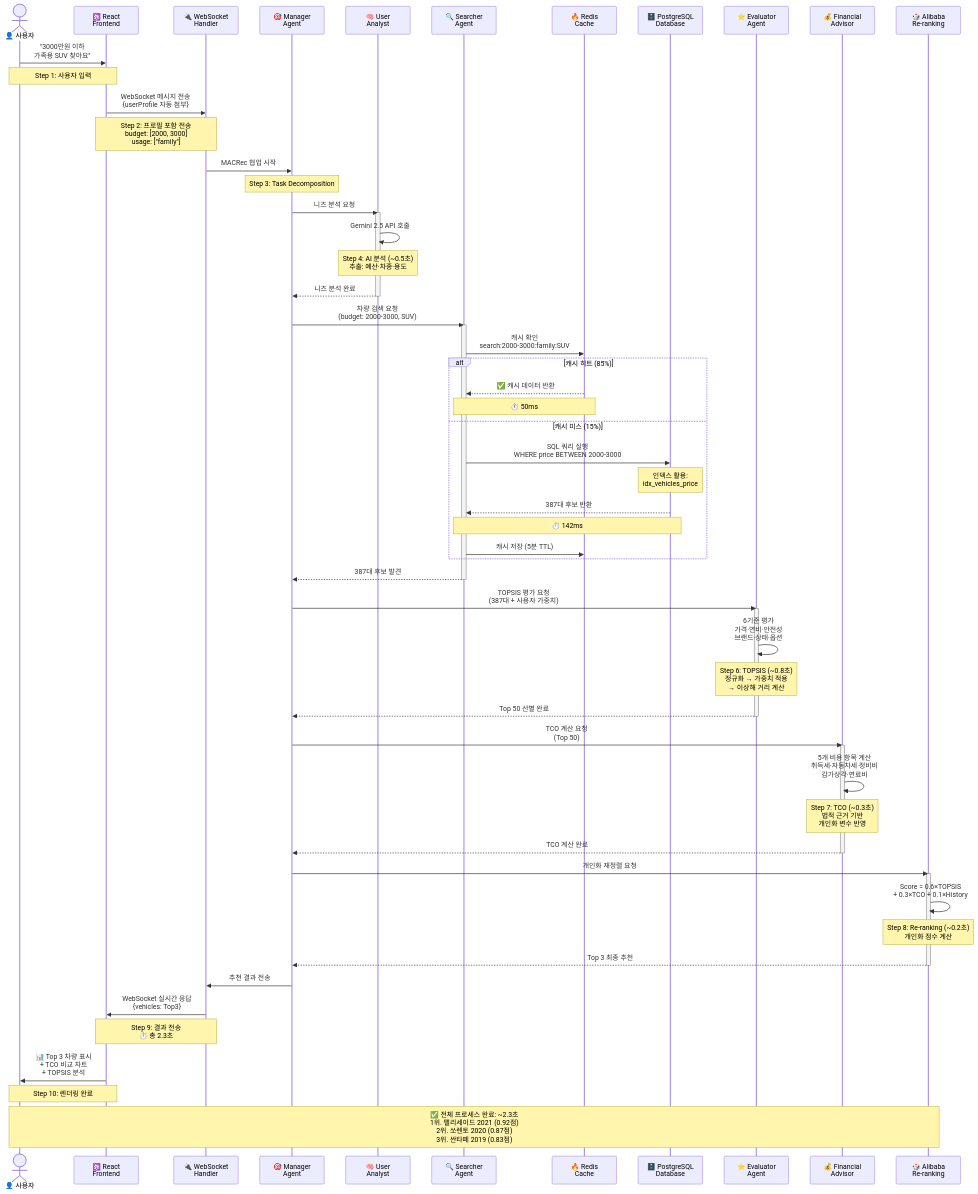
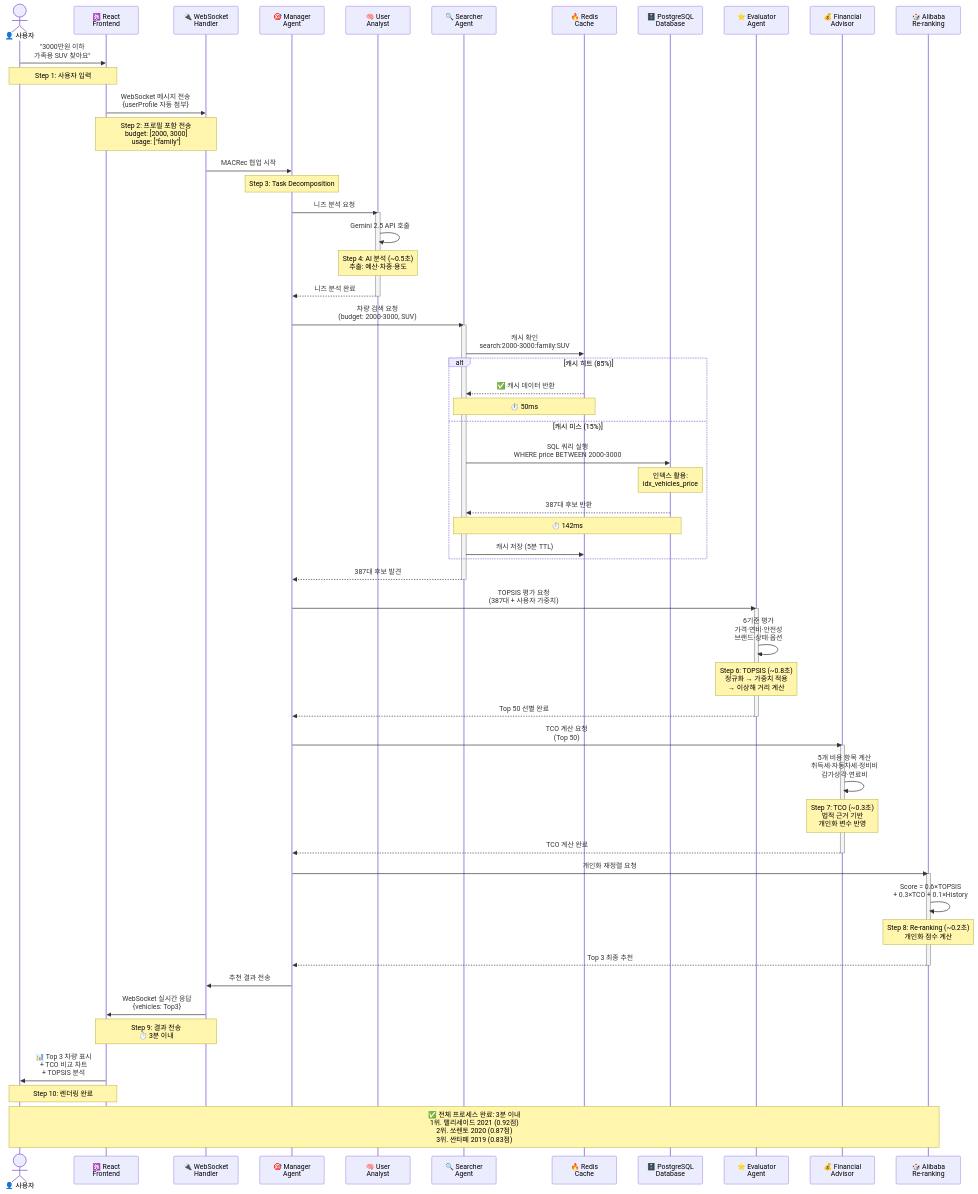
The fourth of 5 diagrams in README.md (SeSAC-DA1/CarFin_AI_Final), drawn with Mermaid before and after one commit. The commit also changed other lines of this file and 1 other file, not shown here.

````diff
--- a/README.md
+++ b/README.md
@@ -583,76 +583,76 @@
 ```mermaid
 sequenceDiagram
     actor User as 👤 사용자
     participant Frontend as ⚛️ React<br/>Frontend
     participant WS as 🔌 WebSocket<br/>Handler
     participant Manager as 🎯 Manager<br/>Agent
     participant UserAnalyst as 🧠 User<br/>Analyst
     participant Searcher as 🔍 Searcher<br/>Agent
     participant Redis as 🔥 Redis<br/>Cache
     participant DB as 🗄️ PostgreSQL<br/>Database
     participant Evaluator as ⭐ Evaluator<br/>Agent
     participant Financial as 💰 Financial<br/>Advisor
     participant Reranking as 🎲 Alibaba<br/>Re-ranking
 
     User->>Frontend: "3000만원 이하<br/>가족용 SUV 찾아요"
     Note over User,Frontend: Step 1: 사용자 입력
 
     Frontend->>WS: WebSocket 메시지 전송<br/>{userProfile 자동 첨부}
     Note over Frontend,WS: Step 2: 프로필 포함 전송<br/>budget: [2000, 3000]<br/>usage: ["family"]
 
     WS->>Manager: MACRec 협업 시작
     Note over Manager: Step 3: Task Decomposition
 
     Manager->>UserAnalyst: 니즈 분석 요청
     activate UserAnalyst
     UserAnalyst->>UserAnalyst: Gemini 2.5 API 호출
     Note over UserAnalyst: Step 4: AI 분석 (~0.5초)<br/>추출: 예산·차종·용도
     UserAnalyst-->>Manager: 니즈 분석 완료
     deactivate UserAnalyst
 
     Manager->>Searcher: 차량 검색 요청<br/>(budget: 2000-3000, SUV)
     activate Searcher
     Searcher->>Redis: 캐시 확인<br/>search:2000-3000:family:SUV
     alt 캐시 히트 (85%)
         Redis-->>Searcher: ✅ 캐시 데이터 반환
         Note over Searcher,Redis: ⏱️ 50ms
     else 캐시 미스 (15%)
         Searcher->>DB: SQL 쿼리 실행<br/>WHERE price BETWEEN 2000-3000
         Note over DB: 인덱스 활용:<br/>idx_vehicles_price
         DB-->>Searcher: 387대 후보 반환
         Note over Searcher,DB: ⏱️ 142ms
         Searcher->>Redis: 캐시 저장 (5분 TTL)
     end
     Searcher-->>Manager: 387대 후보 발견
     deactivate Searcher
 
     Manager->>Evaluator: TOPSIS 평가 요청<br/>(387대 + 사용자 가중치)
     activate Evaluator
     Evaluator->>Evaluator: 6기준 평가<br/>가격·연비·안전성<br/>브랜드·상태·옵션
     Note over Evaluator: Step 6: TOPSIS (~0.8초)<br/>정규화 → 가중치 적용<br/>→ 이상해 거리 계산
     Evaluator-->>Manager: Top 50 선별 완료
     deactivate Evaluator
 
     Manager->>Financial: TCO 계산 요청<br/>(Top 50)
     activate Financial
     Financial->>Financial: 5개 비용 항목 계산<br/>취득세·자동차세·정비비<br/>감가상각·연료비
     Note over Financial: Step 7: TCO (~0.3초)<br/>법적 근거 기반<br/>개인화 변수 반영
     Financial-->>Manager: TCO 계산 완료
     deactivate Financial
 
     Manager->>Reranking: 개인화 재정렬 요청
     activate Reranking
     Reranking->>Reranking: Score = 0.6×TOPSIS<br/>+ 0.3×TCO + 0.1×History
     Note over Reranking: Step 8: Re-ranking (~0.2초)<br/>개인화 점수 계산
     Reranking-->>Manager: Top 3 최종 추천
     deactivate Reranking
 
     Manager->>WS: 추천 결과 전송
     WS->>Frontend: WebSocket 실시간 응답<br/>{vehicles: Top3}
-    Note over WS,Frontend: Step 9: 결과 전송<br/>⏱️ 총 2.3초
+    Note over WS,Frontend: Step 9: 결과 전송<br/>⏱️ 3분 이내
 
     Frontend->>User: 📊 Top 3 차량 표시<br/>+ TCO 비교 차트<br/>+ TOPSIS 분석
     Note over User,Frontend: Step 10: 렌더링 완료
 
-    Note over User,Reranking: ✅ 전체 프로세스 완료: ~2.3초<br/>1위. 팰리세이드 2021 (0.92점)<br/>2위. 쏘렌토 2020 (0.87점)<br/>3위. 싼타페 2019 (0.83점)
+    Note over User,Reranking: ✅ 전체 프로세스 완료: 3분 이내<br/>1위. 팰리세이드 2021 (0.92점)<br/>2위. 쏘렌토 2020 (0.87점)<br/>3위. 싼타페 2019 (0.83점)
 ```
````
